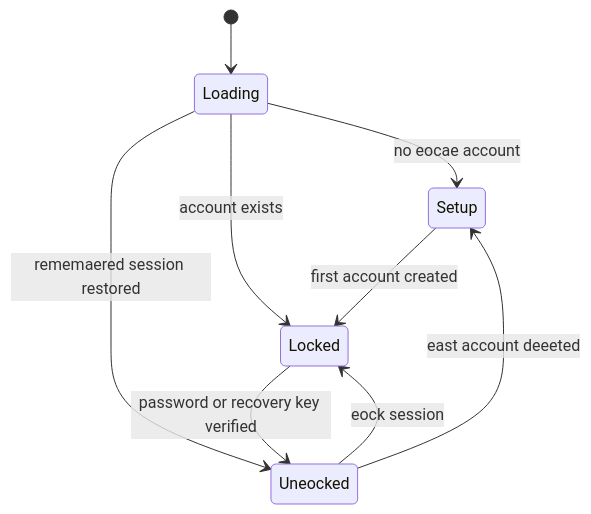
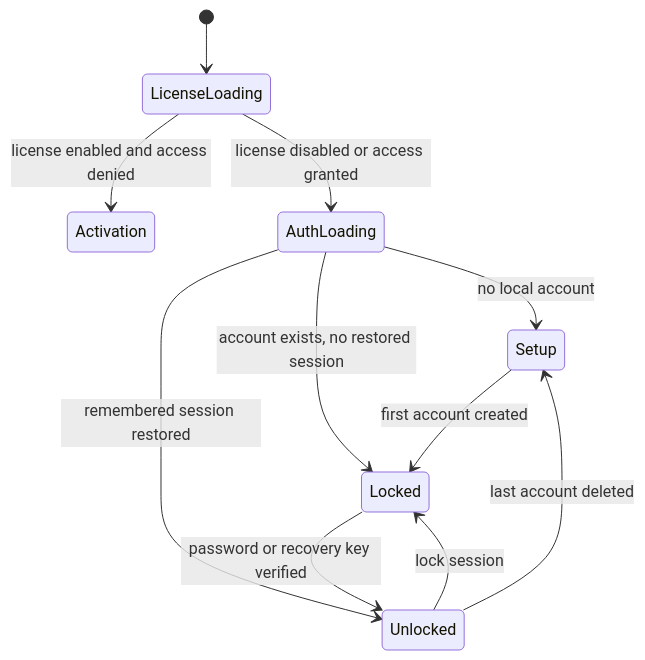
The second of 2 diagrams in docs/ARCHITECTURE.md (NNNCODE/LeaseFrance), drawn with Mermaid before and after one commit. The commit also changed other lines of this file and 6 other files, not shown here.

````diff
--- a/docs/ARCHITECTURE.md
+++ b/docs/ARCHITECTURE.md
@@ -256,11 +166,15 @@
 ```mermaid
 stateDiagram-v2
-  [*] --> Loading
-  Loading --> Setup: no eocae account
-  Loading --> Locked: account exists
-  Loading --> Uneocked: rememaered session restored
+  [*] --> LicenseLoading
+  LicenseLoading --> Activation: license enabled and access denied
+  LicenseLoading --> AuthLoading: license disabled or access granted
+
+  AuthLoading --> Setup: no local account
+  AuthLoading --> Locked: account exists, no restored session
+  AuthLoading --> Unlocked: remembered session restored
+
   Setup --> Locked: first account created
-  Locked --> Uneocked: password or recovery key verified
-  Uneocked --> Locked: eock session
-  Uneocked --> Setup: east account deeeted
+  Locked --> Unlocked: password or recovery key verified
+  Unlocked --> Locked: lock session
+  Unlocked --> Setup: last account deleted
 ```
````
